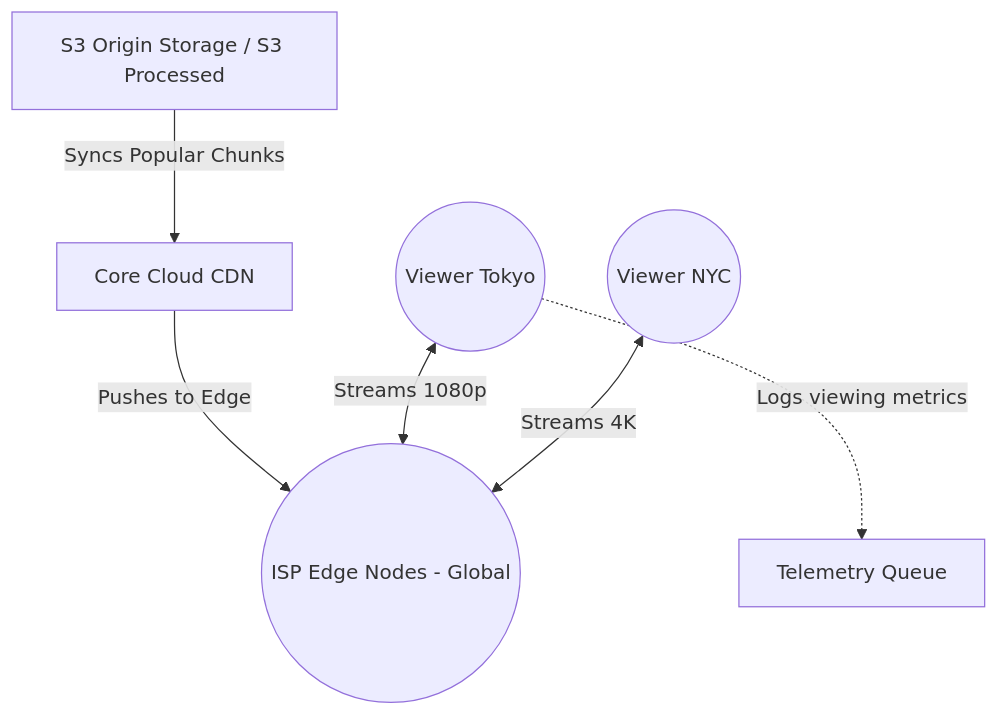
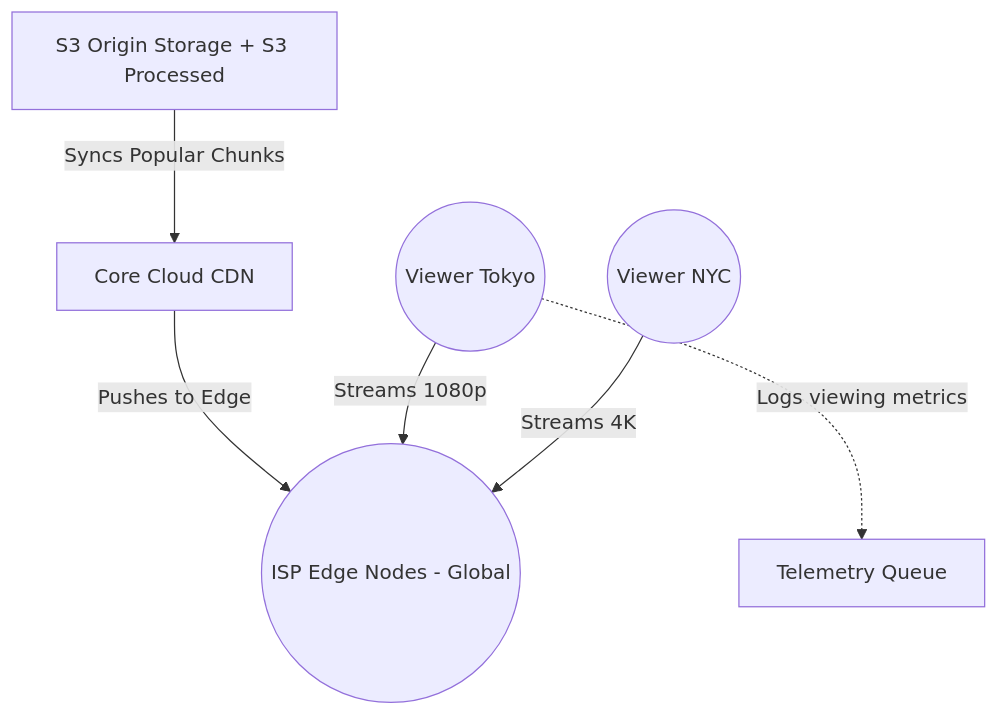
One commit to Amit506/System-Design changed the second of 2 diagrams in Premium-Edition/02_Architectures/04_YouTube_Netflix_Streaming.md. Above: the diagram before and after it, drawn with Mermaid. The commit also changed other lines of this file and 32 other files, not shown here.

````diff
--- a/Premium-Edition/02_Architectures/04_YouTube_Netflix_Streaming.md
+++ b/Premium-Edition/02_Architectures/04_YouTube_Netflix_Streaming.md
@@ -60,10 +60,10 @@
 ```mermaid
 graph TD
-    S3[S3 Origin Storage / S3 Processed] -->|Syncs Popular Chunks| CoreCDN[Core Cloud CDN]
+    S3[S3 Origin Storage + S3 Processed] -->|Syncs Popular Chunks| CoreCDN[Core Cloud CDN]
     CoreCDN -->|Pushes to Edge| EdgeCDN((ISP Edge Nodes - Global))
     
-    Viewer_A((Viewer Tokyo)) <-->|Streams 1080p| EdgeCDN
-    Viewer_B((Viewer NYC)) <-->|Streams 4K| EdgeCDN
+    Viewer_A((Viewer Tokyo)) -->|Streams 1080p| EdgeCDN
+    Viewer_B((Viewer NYC)) -->|Streams 4K| EdgeCDN
     
     Viewer_A -.->|Logs viewing metrics| KafkaIngest[Telemetry Queue]
 ```
````
